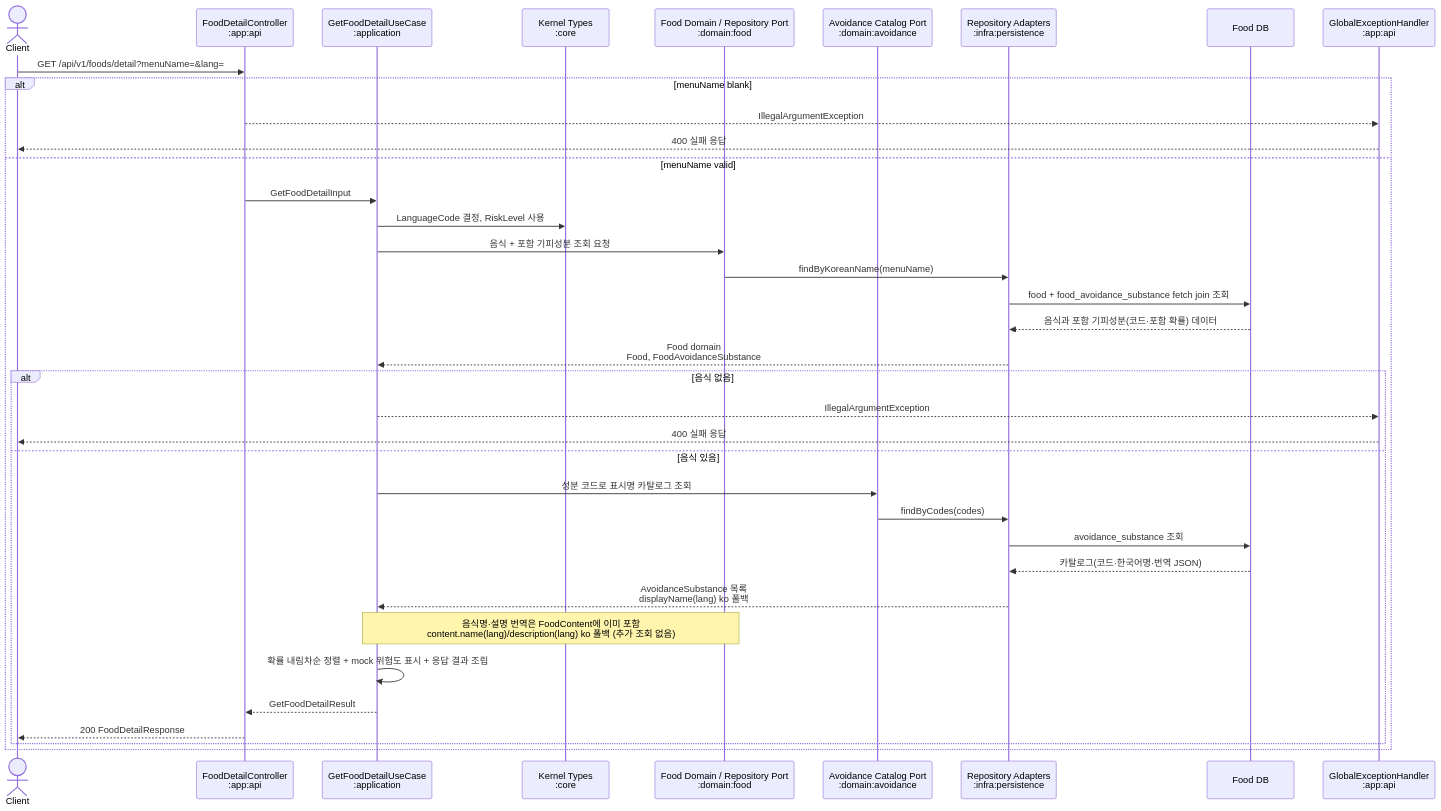
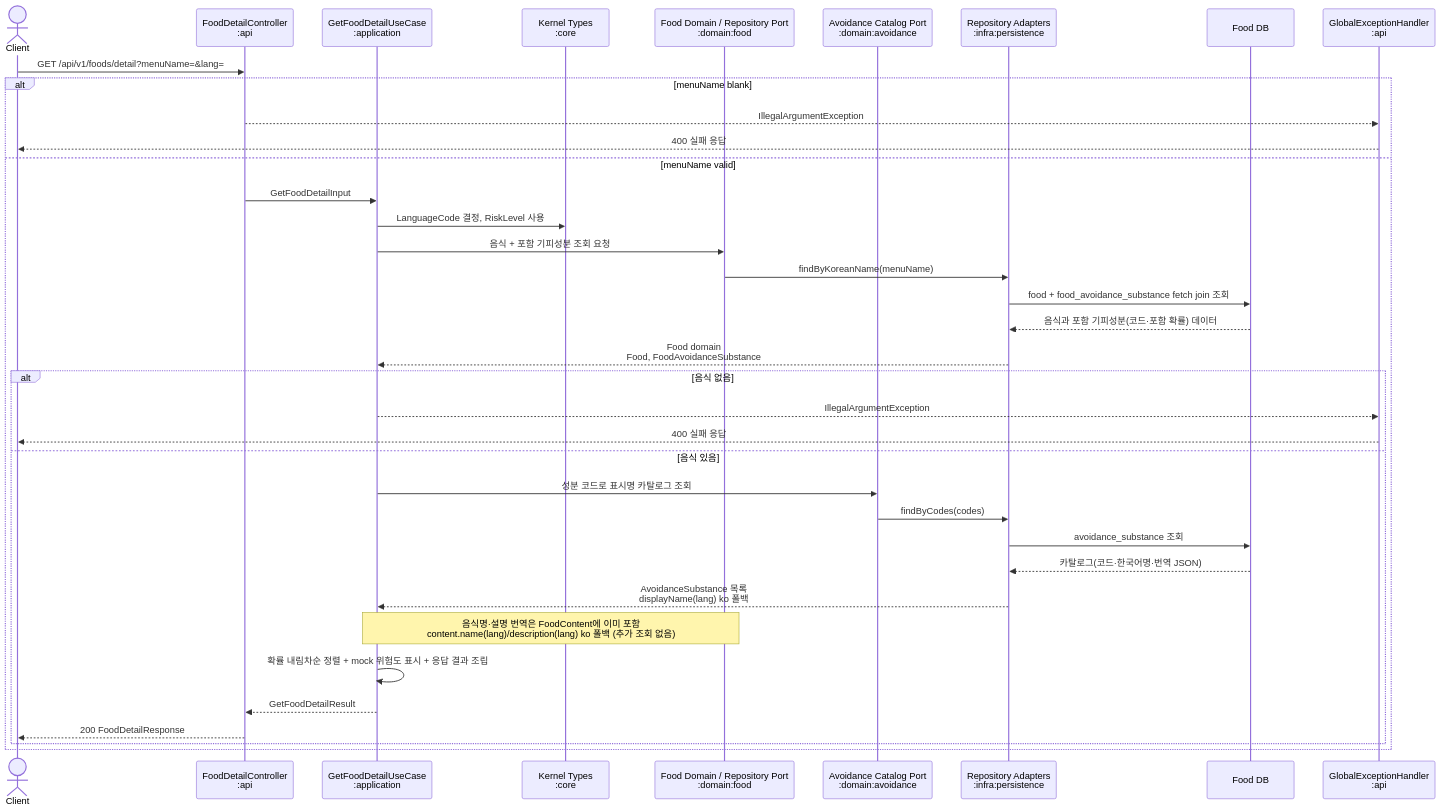
Before and after one commit to team-skyjs/kbap-server: the second of 3 diagrams in docs/architecture/api-request-flows.md, drawn with Mermaid. The commit also changed other lines of this file and 347 other files, not shown here.

First line of the commit message:
refactor(module): app 껍데기 컨테이너 제거 — :api·:batch 루트 승격, 패키지 com.kbap.{api,batch} 통일

````diff
--- a/docs/architecture/api-request-flows.md
+++ b/docs/architecture/api-request-flows.md
@@ -52,40 +52,40 @@
 ```mermaid
 sequenceDiagram
     actor Client
-    participant Controller as FoodDetailController<br/>:app:api
+    participant Controller as FoodDetailController<br/>:api
     participant UseCase as GetFoodDetailUseCase<br/>:application
     participant Kernel as Kernel Types<br/>:core
     participant FoodCore as Food Domain / Repository Port<br/>:domain:food
     participant AvoidanceCore as Avoidance Catalog Port<br/>:domain:avoidance
     participant Persistence as Repository Adapters<br/>:infra:persistence
     participant DB as Food DB
-    participant Error as GlobalExceptionHandler<br/>:app:api
+    participant Error as GlobalExceptionHandler<br/>:api
 
     Client->>Controller: GET /api/v1/foods/detail?menuName=&lang=
     alt menuName blank
         Controller-->>Error: IllegalArgumentException
         Error-->>Client: 400 실패 응답
     else menuName valid
         Controller->>UseCase: GetFoodDetailInput
         UseCase->>Kernel: LanguageCode 결정, RiskLevel 사용
         UseCase->>FoodCore: 음식 + 포함 기피성분 조회 요청
         FoodCore->>Persistence: findByKoreanName(menuName)
         Persistence->>DB: food + food_avoidance_substance fetch join 조회
         DB-->>Persistence: 음식과 포함 기피성분(코드·포함 확률) 데이터
         Persistence-->>UseCase: Food domain<br/>Food, FoodAvoidanceSubstance
         alt 음식 없음
             UseCase-->>Error: IllegalArgumentException
             Error-->>Client: 400 실패 응답
         else 음식 있음
             UseCase->>AvoidanceCore: 성분 코드로 표시명 카탈로그 조회
             AvoidanceCore->>Persistence: findByCodes(codes)
             Persistence->>DB: avoidance_substance 조회
             DB-->>Persistence: 카탈로그(코드·한국어명·번역 JSON)
             Persistence-->>UseCase: AvoidanceSubstance 목록<br/>displayName(lang) ko 폴백
             Note over UseCase,FoodCore: 음식명·설명 번역은 FoodContent에 이미 포함<br/>content.name(lang)/description(lang) ko 폴백 (추가 조회 없음)
             UseCase->>UseCase: 확률 내림차순 정렬 + mock 위험도 표시 + 응답 결과 조립
             UseCase-->>Controller: GetFoodDetailResult
             Controller-->>Client: 200 FoodDetailResponse
         end
     end
 ```
````
